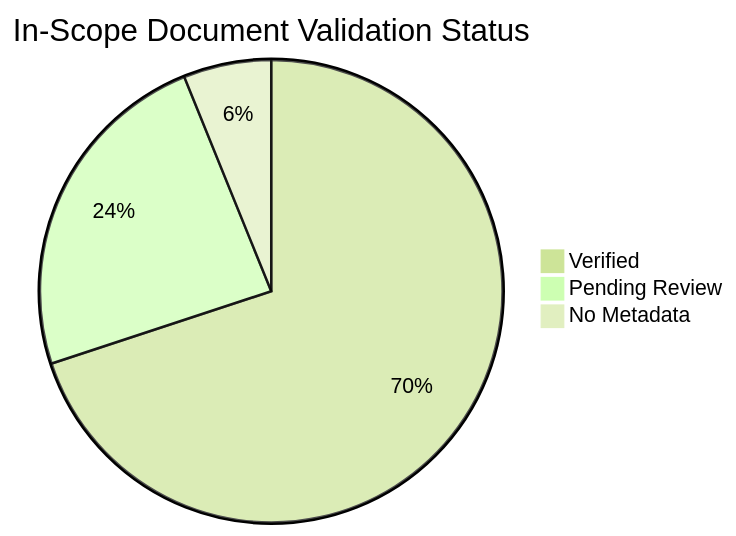
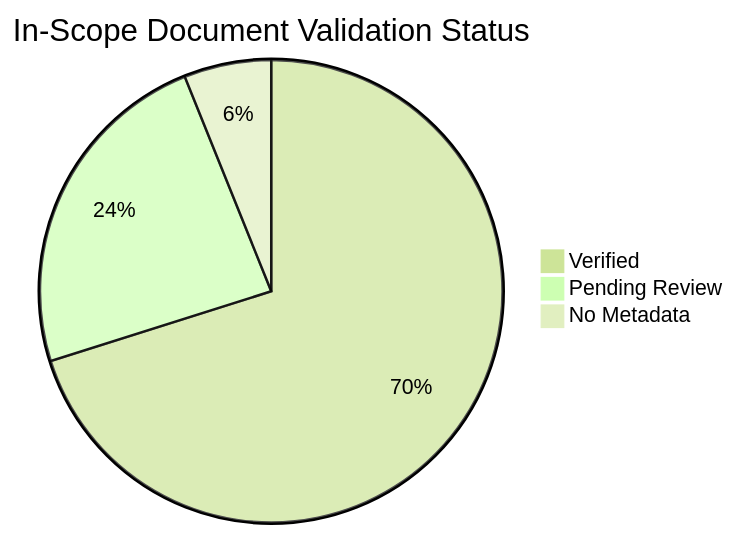
Before and after one commit to yeongseon/azure-container-apps-practical-guide: the diagram in docs/reference/content-validation-status.md, drawn with Mermaid (forest theme). The commit also changed other lines of this file and 7 other files, not shown here.

````diff
--- a/docs/reference/content-validation-status.md
+++ b/docs/reference/content-validation-status.md
@@ -25,6 +25,6 @@
 ```mermaid
 pie title In-Scope Document Validation Status
-    "Verified" : 114
+    "Verified" : 115
     "Pending Review" : 39
     "No Metadata" : 10
 ```
````
